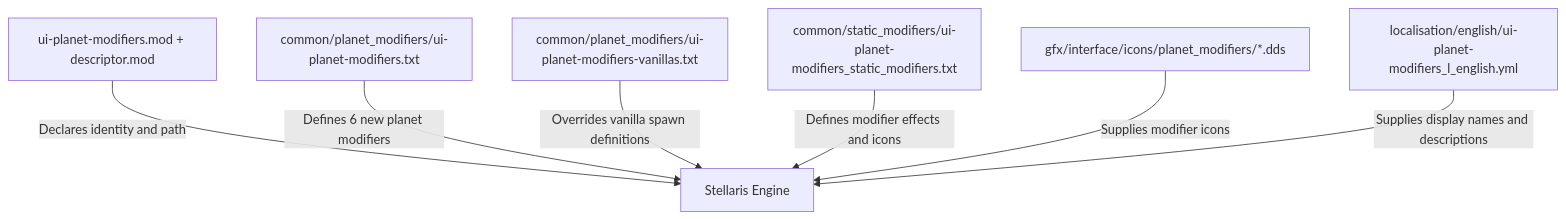
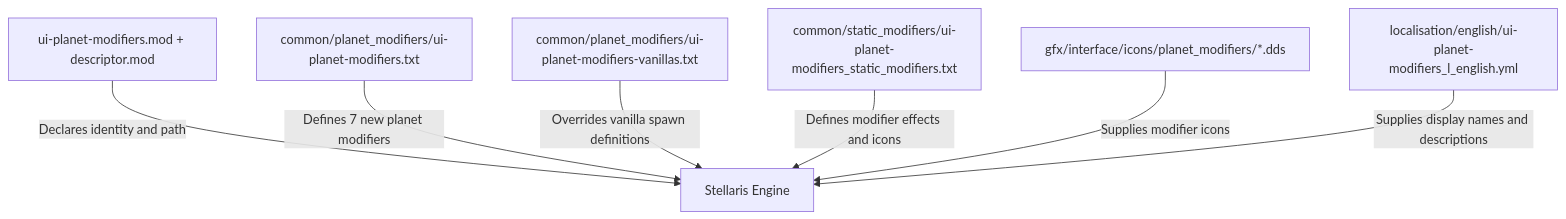
One commit to hmlendea/stellaris-ui-planet-modifiers changed the second of 6 diagrams in ARCHITECTURE.md. Above: the diagram before and after it, drawn with Mermaid. The commit also changed other lines of this file and 27 other files, not shown here.

````diff
--- a/ARCHITECTURE.md
+++ b/ARCHITECTURE.md
@@ -67,9 +67,9 @@
 ```mermaid
 flowchart TB
     Descriptors[ui-planet-modifiers.mod + descriptor.mod] -->|Declares identity and path| Engine[Stellaris Engine]
-    NewDefs[common/planet_modifiers/ui-planet-modifiers.txt] -->|Defines 6 new planet modifiers| Engine
+    NewDefs[common/planet_modifiers/ui-planet-modifiers.txt] -->|Defines 7 new planet modifiers| Engine
     Overrides[common/planet_modifiers/ui-planet-modifiers-vanillas.txt] -->|Overrides vanilla spawn definitions| Engine
     Statics[common/static_modifiers/ui-planet-modifiers_static_modifiers.txt] -->|Defines modifier effects and icons| Engine
     Icons[gfx/interface/icons/planet_modifiers/*.dds] -->|Supplies modifier icons| Engine
     Loc[localisation/english/ui-planet-modifiers_l_english.yml] -->|Supplies display names and descriptions| Engine
 ```
````
